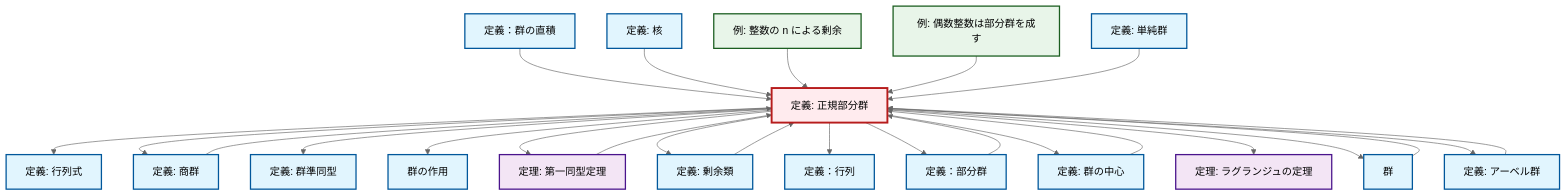
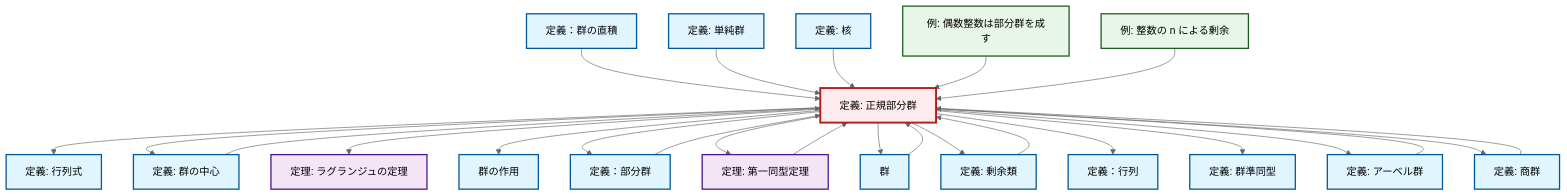
The diagram in content/ja/algebra/def-normal-subgroup.qmd (RK0429/ModernMath), drawn with Mermaid (neutral theme) before and after one commit. The commit also changed other lines of this file and 1012 other files, not shown here.

````diff
--- a/content/ja/algebra/def-normal-subgroup.qmd
+++ b/content/ja/algebra/def-normal-subgroup.qmd
@@ -97,69 +97,69 @@
 ```{mermaid}
 %%| fig-cap: "Local dependency graph"
 graph TD
     classDef definition fill:#e1f5fe,stroke:#01579b,stroke-width:2px
     classDef theorem fill:#f3e5f5,stroke:#4a148c,stroke-width:2px
     classDef axiom fill:#fff3e0,stroke:#e65100,stroke-width:2px
     classDef example fill:#e8f5e9,stroke:#1b5e20,stroke-width:2px
     classDef current fill:#ffebee,stroke:#b71c1c,stroke-width:3px
-    def-determinant["定義: 行列式"]:::definition
+    def-simple-group["定義: 単純群"]:::definition
+    def-kernel["定義: 核"]:::definition
+    def-subgroup["定義：部分群"]:::definition
+    def-homomorphism["定義: 群準同型"]:::definition
     ex-quotient-integers-mod-n["例: 整数の n による剰余"]:::example
+    def-group-action["群の作用"]:::definition
+    def-abelian-group["定義: アーベル群"]:::definition
     thm-lagrange["定理: ラグランジュの定理"]:::theorem
     def-normal-subgroup["定義: 正規部分群"]:::definition
     def-matrix["定義：行列"]:::definition
+    def-center-of-group["定義: 群の中心"]:::definition
+    def-coset["定義: 剰余類"]:::definition
+    def-determinant["定義: 行列式"]:::definition
+    def-quotient-group["定義: 商群"]:::definition
+    def-direct-product["定義：群の直積"]:::definition
+    thm-first-isomorphism["定理: 第一同型定理"]:::theorem
+    def-group["群"]:::definition
     ex-even-integers-subgroup["例: 偶数整数は部分群を成す"]:::example
-    def-direct-product["定義：群の直積"]:::definition
-    def-subgroup["定義：部分群"]:::definition
-    def-simple-group["定義: 単純群"]:::definition
-    thm-first-isomorphism["定理: 第一同型定理"]:::theorem
-    def-quotient-group["定義: 商群"]:::definition
-    def-abelian-group["定義: アーベル群"]:::definition
-    def-center-of-group["定義: 群の中心"]:::definition
-    def-homomorphism["定義: 群準同型"]:::definition
-    def-coset["定義: 剰余類"]:::definition
-    def-group-action["群の作用"]:::definition
-    def-kernel["定義: 核"]:::definition
-    def-group["群"]:::definition
+    def-coset --> def-normal-subgroup
+    def-normal-subgroup --> def-determinant
+    def-direct-product --> def-normal-subgroup
+    def-normal-subgroup --> def-center-of-group
+    def-simple-group --> def-normal-subgroup
+    def-abelian-group --> def-normal-subgroup
     def-subgroup --> def-normal-subgroup
-    def-normal-subgroup --> def-determinant
-    def-coset --> def-normal-subgroup
+    def-group --> def-normal-subgroup
+    def-normal-subgroup --> thm-lagrange
+    def-center-of-group --> def-normal-subgroup
+    def-normal-subgroup --> def-group-action
+    def-normal-subgroup --> def-subgroup
+    def-quotient-group --> def-normal-subgroup
+    def-normal-subgroup --> thm-first-isomorphism
+    thm-first-isomorphism --> def-normal-subgroup
+    def-normal-subgroup --> def-group
+    def-kernel --> def-normal-subgroup
+    def-normal-subgroup --> def-coset
+    ex-even-integers-subgroup --> def-normal-subgroup
+    def-normal-subgroup --> def-matrix
+    def-normal-subgroup --> def-homomorphism
+    def-normal-subgroup --> def-abelian-group
     def-normal-subgroup --> def-quotient-group
-    def-quotient-group --> def-normal-subgroup
-    def-normal-subgroup --> def-homomorphism
-    def-direct-product --> def-normal-subgroup
-    def-normal-subgroup --> def-group-action
-    def-group --> def-normal-subgroup
-    def-normal-subgroup --> thm-first-isomorphism
-    def-normal-subgroup --> def-coset
-    def-normal-subgroup --> def-matrix
-    def-normal-subgroup --> def-subgroup
-    def-kernel --> def-normal-subgroup
-    def-abelian-group --> def-normal-subgroup
-    def-normal-subgroup --> def-center-of-group
-    def-center-of-group --> def-normal-subgroup
     ex-quotient-integers-mod-n --> def-normal-subgroup
-    def-normal-subgroup --> thm-lagrange
-    def-normal-subgroup --> def-group
-    ex-even-integers-subgroup --> def-normal-subgroup
-    def-simple-group --> def-normal-subgroup
-    thm-first-isomorphism --> def-normal-subgroup
-    def-normal-subgroup --> def-abelian-group
     class def-normal-subgroup current
-    click def-determinant "def-determinant.html" "行列式の定義へ"
+    click def-simple-group "def-simple-group.html" "単純群の定義へ"
+    click def-kernel "def-kernel.html" "核の定義へ"
+    click def-subgroup "def-subgroup.html" "定義：部分群へ"
+    click def-homomorphism "def-homomorphism.html" "群準同型の定義へ"
     click ex-quotient-integers-mod-n "ex-quotient-integers-mod-n.html" "整数の n による剰余の例へ"
+    click def-group-action "def-group-action.html" "群の作用へ"
+    click def-abelian-group "def-abelian-group.html" "アーベル群の定義へ"
     click thm-lagrange "thm-lagrange.html" "ラグランジュの定理の定理へ"
     click def-matrix "def-matrix.html" "定義：行列へ"
+    click def-center-of-group "def-center-of-group.html" "群の中心の定義へ"
+    click def-coset "def-coset.html" "剰余類の定義へ"
+    click def-determinant "def-determinant.html" "行列式の定義へ"
+    click def-quotient-group "def-quotient-group.html" "商群の定義へ"
+    click def-direct-product "def-direct-product.html" "定義：群の直積へ"
+    click thm-first-isomorphism "thm-first-isomorphism.html" "第一同型定理の定理へ"
+    click def-group "def-group.html" "群へ"
     click ex-even-integers-subgroup "ex-even-integers-subgroup.html" "偶数整数は部分群を成すの例へ"
-    click def-direct-product "def-direct-product.html" "定義：群の直積へ"
-    click def-subgroup "def-subgroup.html" "定義：部分群へ"
-    click def-simple-group "def-simple-group.html" "単純群の定義へ"
-    click thm-first-isomorphism "thm-first-isomorphism.html" "第一同型定理の定理へ"
-    click def-quotient-group "def-quotient-group.html" "商群の定義へ"
-    click def-abelian-group "def-abelian-group.html" "アーベル群の定義へ"
-    click def-center-of-group "def-center-of-group.html" "群の中心の定義へ"
-    click def-homomorphism "def-homomorphism.html" "群準同型の定義へ"
-    click def-coset "def-coset.html" "剰余類の定義へ"
-    click def-group-action "def-group-action.html" "群の作用へ"
-    click def-kernel "def-kernel.html" "核の定義へ"
-    click def-group "def-group.html" "群へ"
 ```
````
